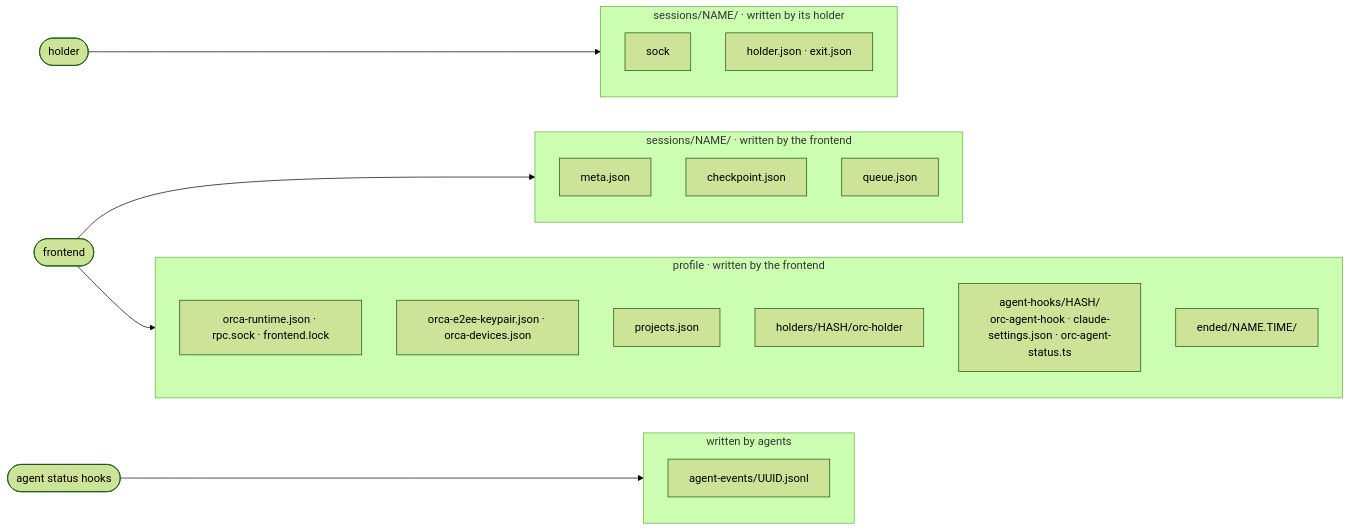
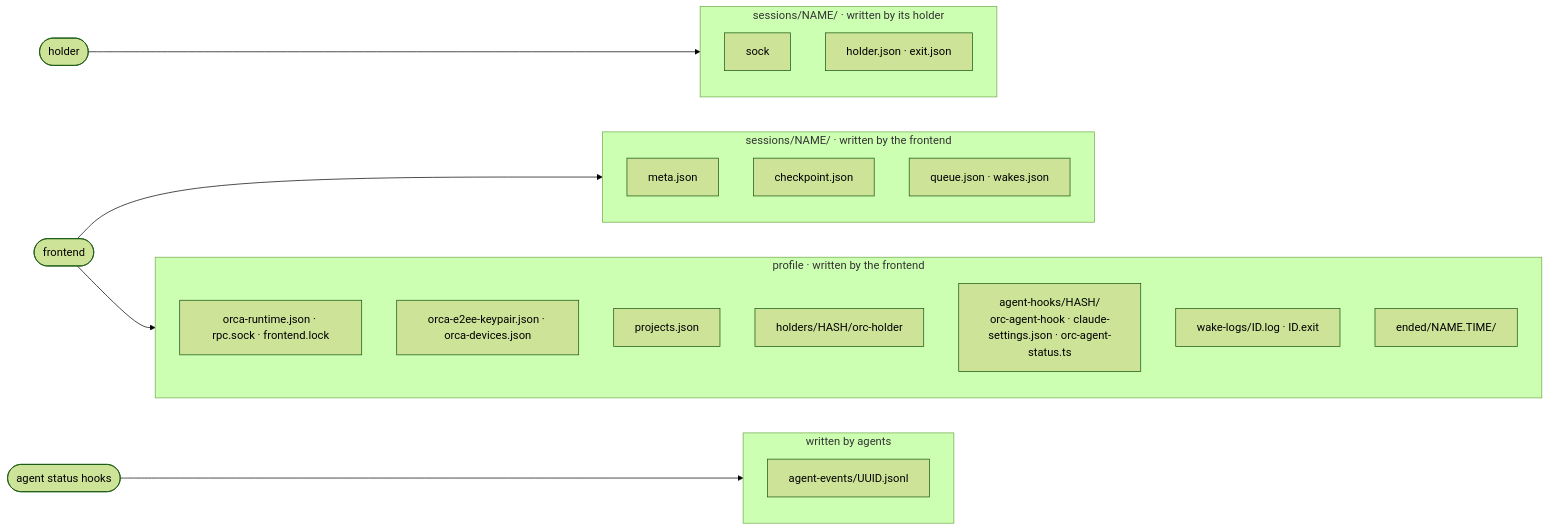
The second of 7 diagrams in slim/ARCHITECTURE.md (phillipleblanc/orc), drawn with Mermaid (forest theme) before and after one commit. The commit also changed other lines of this file and 11 other files, not shown here.

````diff
--- a/slim/ARCHITECTURE.md
+++ b/slim/ARCHITECTURE.md
@@ -78,35 +78,36 @@
 ```mermaid
 flowchart LR
     holderProcess(["holder"])
     frontendProcess(["frontend"])
 
     subgraph holderFiles["sessions/NAME/ · written by its holder"]
         sock["sock"]
         holderRecord["holder.json · exit.json"]
     end
 
     subgraph sessionFiles["sessions/NAME/ · written by the frontend"]
         meta["meta.json"]
         checkpoint["checkpoint.json"]
-        queue["queue.json"]
+        queue["queue.json · wakes.json"]
     end
 
     agentProcess(["agent status hooks"])
     subgraph eventFiles["written by agents"]
         events["agent-events/UUID.jsonl"]
     end
 
     subgraph profileFiles["profile · written by the frontend"]
         runtime["orca-runtime.json · rpc.sock · frontend.lock"]
         identity["orca-e2ee-keypair.json · orca-devices.json"]
         projects["projects.json"]
         binaries["holders/HASH/orc-holder"]
         hookFiles["agent-hooks/HASH/<br/>orc-agent-hook · claude-settings.json · orc-agent-status.ts"]
+        wakeLogs["wake-logs/ID.log · ID.exit"]
         ended["ended/NAME.TIME/"]
     end
 
     holderProcess --> holderFiles
     frontendProcess --> sessionFiles
     frontendProcess --> profileFiles
     agentProcess --> eventFiles
 ```
````
